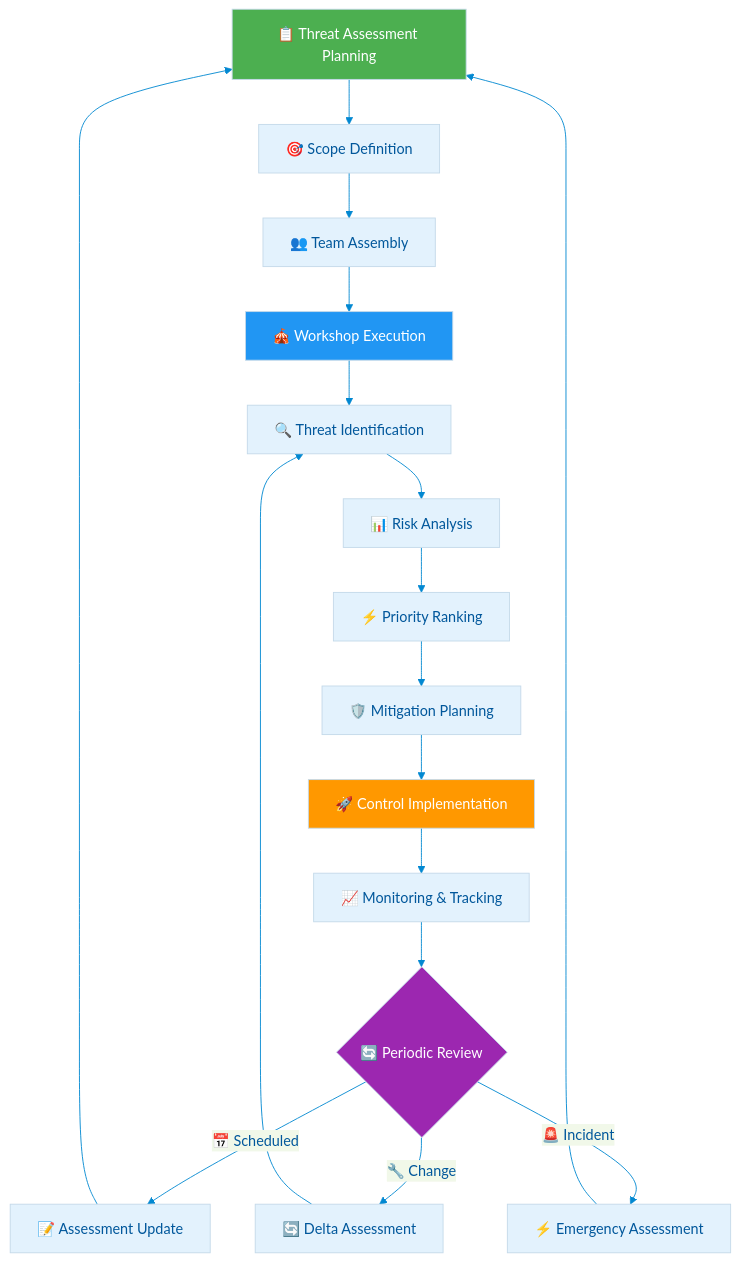
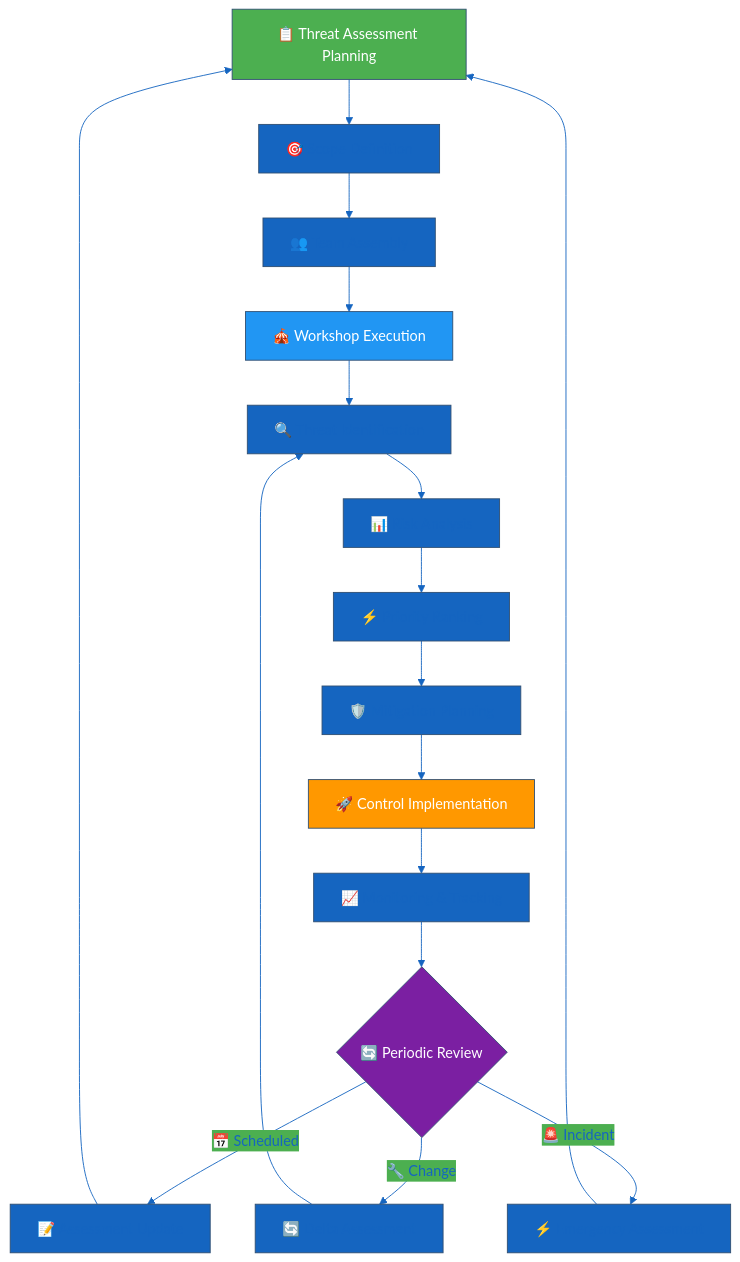
Before and after one commit to Hack23/ISMS-PUBLIC: the tenth of 10 diagrams in Threat_Modeling.md, drawn with Mermaid. The commit also changed other lines of this file and 35 other files, not shown here.

````diff
--- a/Threat_Modeling.md
+++ b/Threat_Modeling.md
@@ -1047,40 +1047,40 @@
 ```mermaid
 %%{
   init: {
     'theme': 'base',
     'themeVariables': {
-      'primaryColor': '#e3f2fd',
-      'primaryTextColor': '#01579b',
-      'lineColor': '#0288d1',
-      'secondaryColor': '#f1f8e9',
-      'tertiaryColor': '#fff8e1'
+      'primaryColor': '#1565C0',
+      'primaryTextColor': '#1565C0',
+      'lineColor': '#1565C0',
+      'secondaryColor': '#4CAF50',
+      'tertiaryColor': '#FFC107'
     }
   }
 }%%
 flowchart TD
     PLAN[📋 Threat Assessment Planning] --> SCOPE[🎯 Scope Definition]
     SCOPE --> TEAM[👥 Team Assembly]
     TEAM --> WORKSHOP[🎪 Workshop Execution]
     
     WORKSHOP --> IDENTIFY[🔍 Threat Identification]
     IDENTIFY --> ANALYZE[📊 Risk Analysis]
     ANALYZE --> PRIORITIZE[⚡ Priority Ranking]
     PRIORITIZE --> MITIGATE[🛡️ Mitigation Planning]
     
     MITIGATE --> IMPLEMENT[🚀 Control Implementation]
     IMPLEMENT --> MONITOR[📈 Monitoring & Tracking]
     MONITOR --> REVIEW{🔄 Periodic Review}
     
     REVIEW -->|📅 Scheduled| UPDATE[📝 Assessment Update]
     REVIEW -->|🚨 Incident| EMERGENCY[⚡ Emergency Assessment]
     REVIEW -->|🔧 Change| DELTA[🔄 Delta Assessment]
     
     UPDATE --> PLAN
     EMERGENCY --> PLAN
     DELTA --> IDENTIFY
     
-    style PLAN fill:#4caf50,color:#fff
-    style WORKSHOP fill:#2196f3,color:#fff
-    style IMPLEMENT fill:#ff9800,color:#fff
-    style REVIEW fill:#9c27b0,color:#fff
+    style PLAN fill:#4CAF50,color:#fff
+    style WORKSHOP fill:#2196F3,color:#fff
+    style IMPLEMENT fill:#FF9800,color:#fff
+    style REVIEW fill:#7B1FA2,color:#fff
 ```
````
